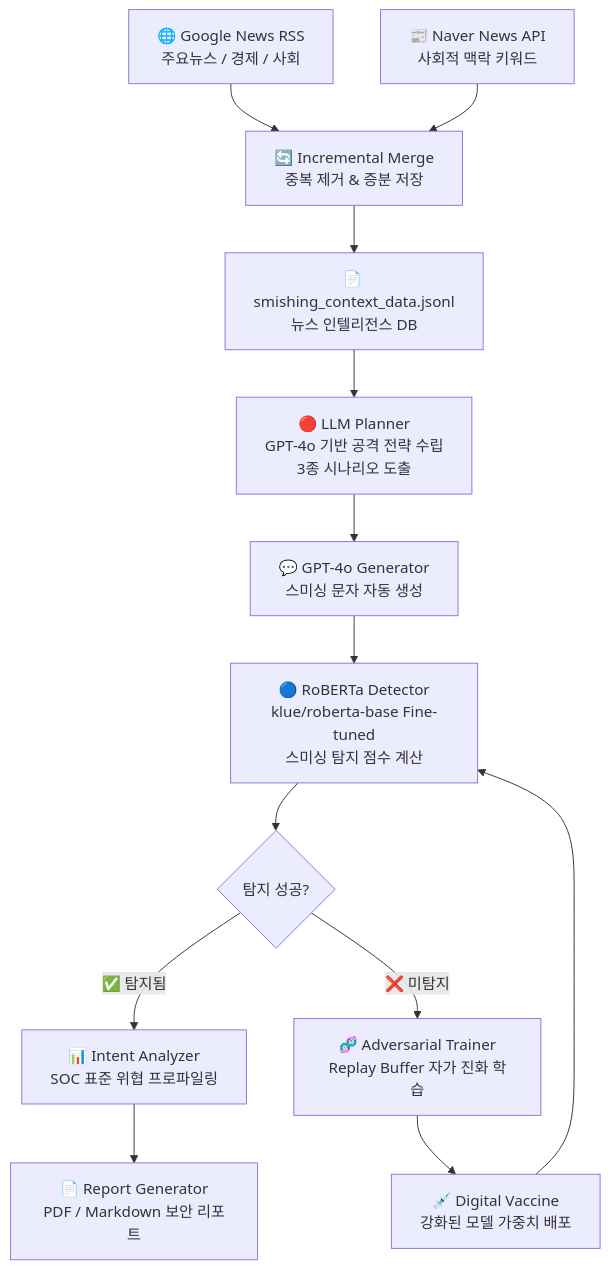
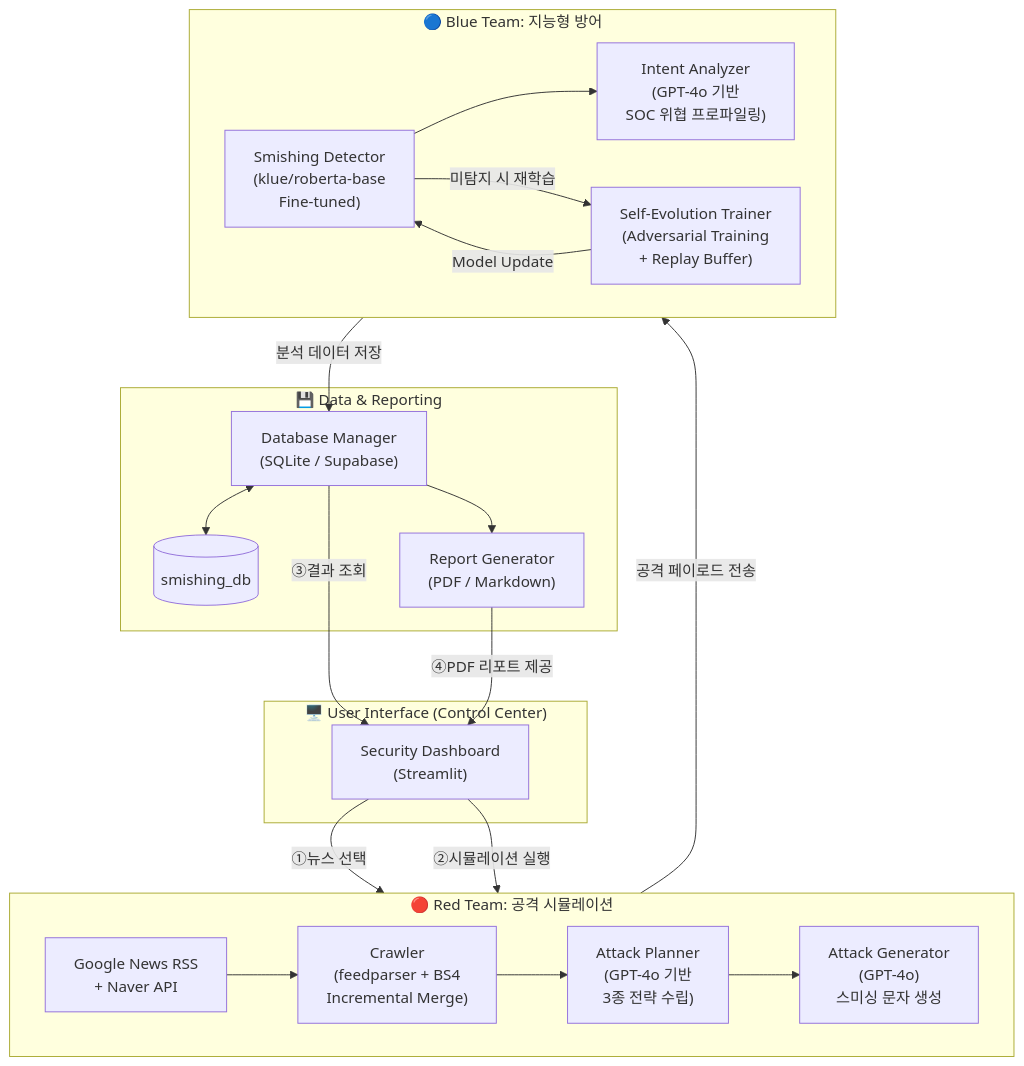
One commit to DongHyun925/SmishingForecast changed the diagram in README.md. Above: the diagram before and after it, drawn with Mermaid.

Commit message:
feat: Enhance Mermaid architecture diagram with 4 layers (Red/Blue Team, UI, Data)

````diff
--- a/README.md
+++ b/README.md
@@ -179,20 +179,38 @@
 ```mermaid
-flowchart TD
-    A["🌐 Google News RSS\n주요뉴스 / 경제 / 사회"] --> C
-    B["📰 Naver News API\n사회적 맥락 키워드"] --> C
-    C["🔄 Incremental Merge\n중복 제거 & 증분 저장"] --> D["📄 smishing_context_data.jsonl\n뉴스 인텔리전스 DB"]
+flowchart TB
+    subgraph UI["🖥️ User Interface (Control Center)"]
+        DASH["Security Dashboard\n(Streamlit)"]
+    end
 
-    D --> E["🔴 LLM Planner\nGPT-4o 기반 공격 전략 수립\n3종 시나리오 도출"]
-    E --> F["💬 GPT-4o Generator\n스미싱 문자 자동 생성"]
+    subgraph RED["🔴 Red Team: 공격 시뮬레이션"]
+        direction LR
+        RSS["Google News RSS\n+ Naver API"] --> CRAWLER["Crawler\n(feedparser + BS4\nIncremental Merge)"]
+        CRAWLER --> PLANNER["Attack Planner\n(GPT-4o 기반\n3종 전략 수립)"]
+        PLANNER --> GENERATOR["Attack Generator\n(GPT-4o)\n스미싱 문자 생성"]
+    end
 
-    F --> G["🔵 RoBERTa Detector\nklue/roberta-base Fine-tuned\n스미싱 탐지 점수 계산"]
-    G --> H{"탐지 성공?"}
+    subgraph BLUE["🔵 Blue Team: 지능형 방어"]
+        direction LR
+        DETECTOR["Smishing Detector\n(klue/roberta-base\nFine-tuned)"]
+        ANALYZER["Intent Analyzer\n(GPT-4o 기반\nSOC 위협 프로파일링)"]
+        TRAINER["Self-Evolution Trainer\n(Adversarial Training\n+ Replay Buffer)"]
+        DETECTOR --> ANALYZER
+        TRAINER -- "Model Update" --> DETECTOR
+    end
 
-    H -- "✅ 탐지됨" --> I["📊 Intent Analyzer\nSOC 표준 위협 프로파일링"]
-    H -- "❌ 미탐지" --> J["🧬 Adversarial Trainer\nReplay Buffer 자가 진화 학습"]
+    subgraph DATA["💾 Data & Reporting"]
+        DB["Database Manager\n(SQLite / Supabase)"]
+        SMDB[("smishing_db")]
+        REPORT["Report Generator\n(PDF / Markdown)"]
+        DB <--> SMDB
+        DB --> REPORT
+    end
 
-    J --> K["💉 Digital Vaccine\n강화된 모델 가중치 배포"]
-    K --> G
-
-    I --> L["📄 Report Generator\nPDF / Markdown 보안 리포트"]
+    DASH -- "①뉴스 선택" --> CRAWLER
+    DASH -- "②시뮬레이션 실행" --> PLANNER
+    GENERATOR -- "공격 페이로드 전송" --> DETECTOR
+    DETECTOR -- "미탐지 시 재학습" --> TRAINER
+    ANALYZER -- "분석 데이터 저장" --> DB
+    DB -- "③결과 조회" --> DASH
+    REPORT -- "④PDF 리포트 제공" --> DASH
 ```
````
